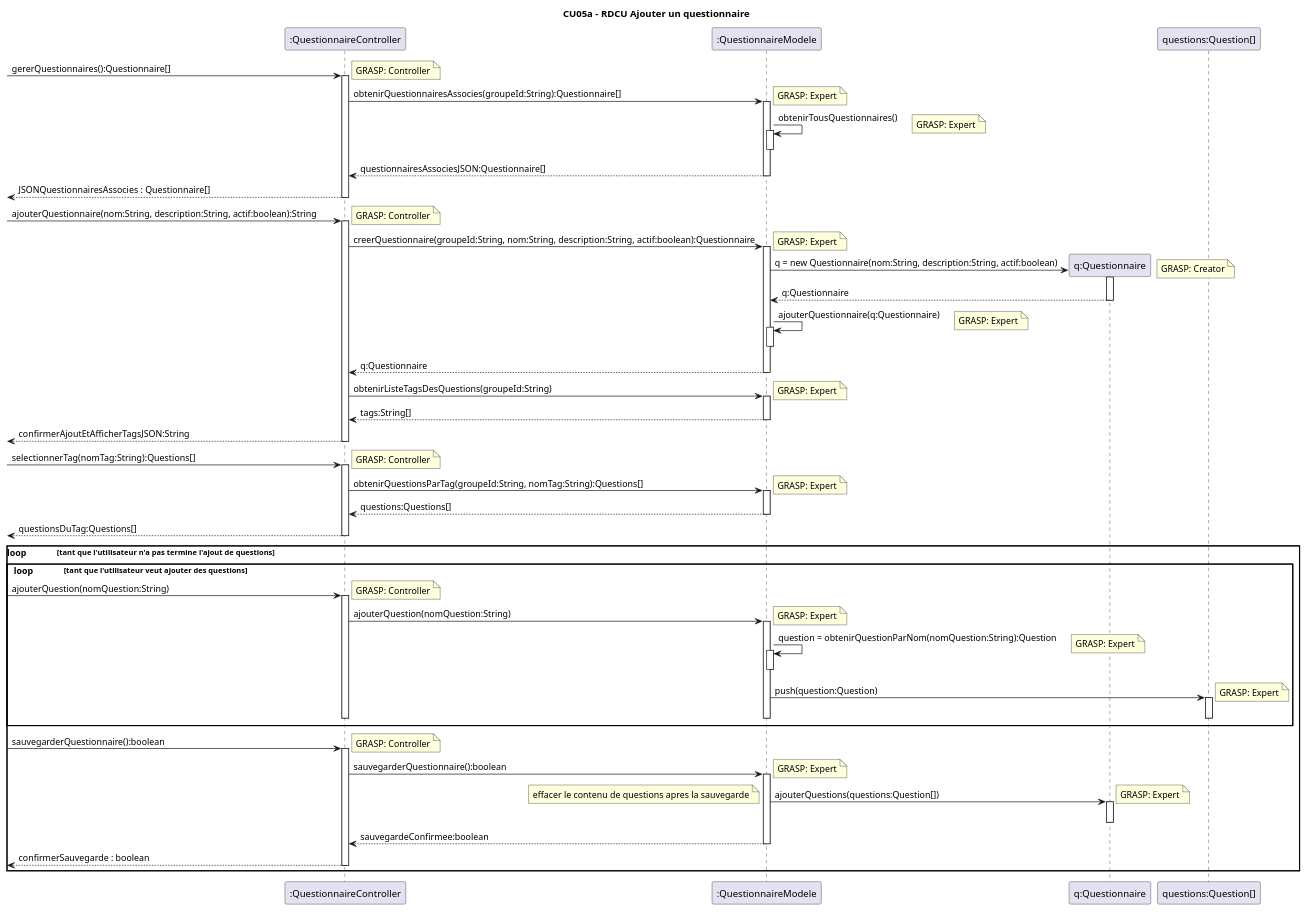
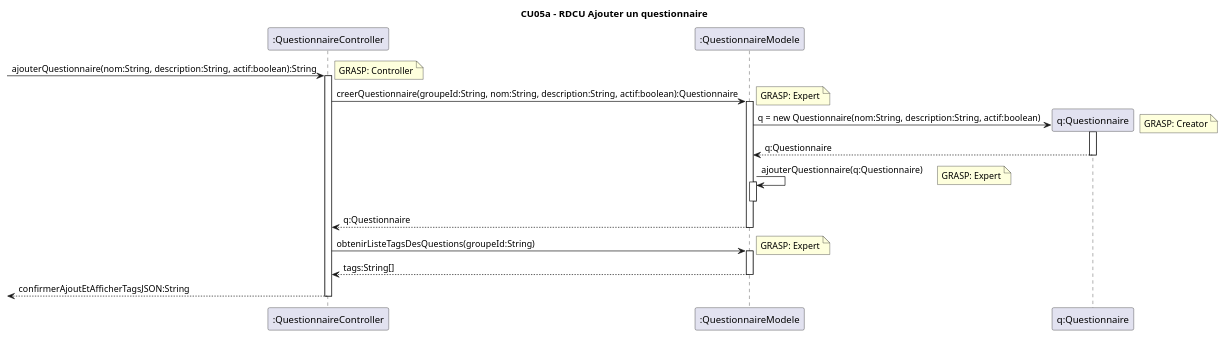
Before and after one commit to xMrYahya/moodle-clone: the diagram in docs/modeles/cu05/rdcu-ajouter-questionnaire.puml, drawn with PlantUML. The commit also changed 4 other files, not shown here.

```diff
--- a/docs/modeles/cu05/rdcu-ajouter-questionnaire.puml
+++ b/docs/modeles/cu05/rdcu-ajouter-questionnaire.puml
@@ -1,94 +1,34 @@
 @startuml
 title CU05a - RDCU Ajouter un questionnaire
 
 participant ":QuestionnaireController" as controller
 participant ":QuestionnaireModele" as questionnaireModele
 participant "q:Questionnaire" as questionnaire
-participant "questions:Question[]" as tab
-
--> controller : gererQuestionnaires():Questionnaire[]
-note right: GRASP: Controller
-activate controller
-controller -> questionnaireModele : obtenirQuestionnairesAssocies(groupeId:String):Questionnaire[]
-note right: GRASP: Expert
-activate questionnaireModele
-questionnaireModele -> questionnaireModele ++: obtenirTousQuestionnaires()
-note right: GRASP: Expert
-deactivate questionnaireModele
-questionnaireModele --> controller : questionnairesAssociesJSON:Questionnaire[]
-deactivate questionnaireModele
-<-- controller : JSONQuestionnairesAssocies : Questionnaire[]
-deactivate controller
 
 -> controller : ajouterQuestionnaire(nom:String, description:String, actif:boolean):String
 note right: GRASP: Controller
 activate controller
 controller -> questionnaireModele : creerQuestionnaire(groupeId:String, nom:String, description:String, actif:boolean):Questionnaire
 note right: GRASP: Expert
 activate questionnaireModele
 create questionnaire
 questionnaireModele -> questionnaire : q = new Questionnaire(nom:String, description:String, actif:boolean)
 note right: GRASP: Creator
 activate questionnaire
 questionnaire --> questionnaireModele : q:Questionnaire
 deactivate questionnaire
 questionnaireModele -> questionnaireModele ++: ajouterQuestionnaire(q:Questionnaire)
 note right: GRASP: Expert
 deactivate questionnaireModele
 questionnaireModele --> controller : q:Questionnaire
 deactivate questionnaireModele
 'peut etre changer la classe qui recoit obtenirListeTagsDesQuestions() pour ne pas que le modele de questionnaire soit oblig� de connaitre les tags
 controller -> questionnaireModele : obtenirListeTagsDesQuestions(groupeId:String)
 note right: GRASP: Expert
 activate questionnaireModele
 questionnaireModele --> controller : tags:String[]
 deactivate questionnaireModele
 <-- controller : confirmerAjoutEtAfficherTagsJSON:String
 deactivate controller
 
--> controller : selectionnerTag(nomTag:String):Questions[]
-note right: GRASP: Controller
-activate controller
-'peut etre changer la classe qui recoit obtenirQuestionsParTag() pour ne pas que le modele de questionnaire soit oblig� de connaitre les tags
-controller -> questionnaireModele : obtenirQuestionsParTag(groupeId:String, nomTag:String):Questions[]
-note right: GRASP: Expert
-activate questionnaireModele
-questionnaireModele --> controller : questions:Questions[]
-deactivate questionnaireModele
-<-- controller : questionsDuTag:Questions[]
-deactivate controller
-
-loop tant que l'utilisateur n'a pas termine l'ajout de questions
-
-  loop tant que l'utilisateur veut ajouter des questions
-    -> controller : ajouterQuestion(nomQuestion:String)
-    note right: GRASP: Controller
-    activate controller
-    controller -> questionnaireModele ++: ajouterQuestion(nomQuestion:String)
-    note right: GRASP: Expert
-    questionnaireModele -> questionnaireModele ++: question = obtenirQuestionParNom(nomQuestion:String):Question
-    note right: GRASP: Expert
-    deactivate questionnaireModele
-    questionnaireModele -> tab ++: push(question:Question)
-    note right: GRASP: Expert
-    deactivate tab
-    deactivate questionnaireModele
-    deactivate controller
-  end
-
-  -> controller : sauvegarderQuestionnaire():boolean
-  note right: GRASP: Controller
-  activate controller
-  controller -> questionnaireModele ++: sauvegarderQuestionnaire():boolean
-  note right: GRASP: Expert
-  questionnaireModele -> questionnaire ++: ajouterQuestions(questions:Question[])
-  note right: GRASP: Expert
-  deactivate questionnaire
-  note bottom: effacer le contenu de questions apres la sauvegarde
-  questionnaireModele --> controller : sauvegardeConfirmee:boolean
-  deactivate questionnaireModele
-  <-- controller : confirmerSauvegarde : boolean
-  deactivate controller
-end
-
 @enduml
```
